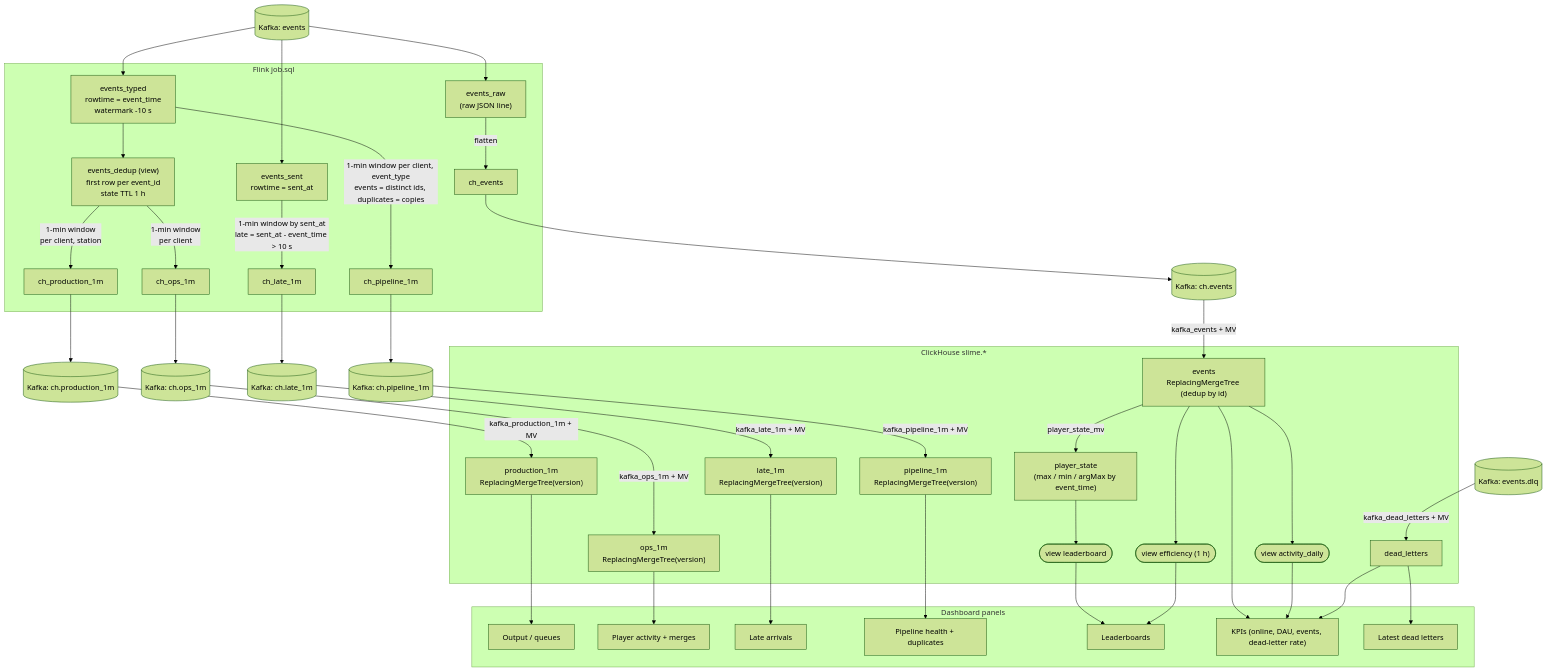
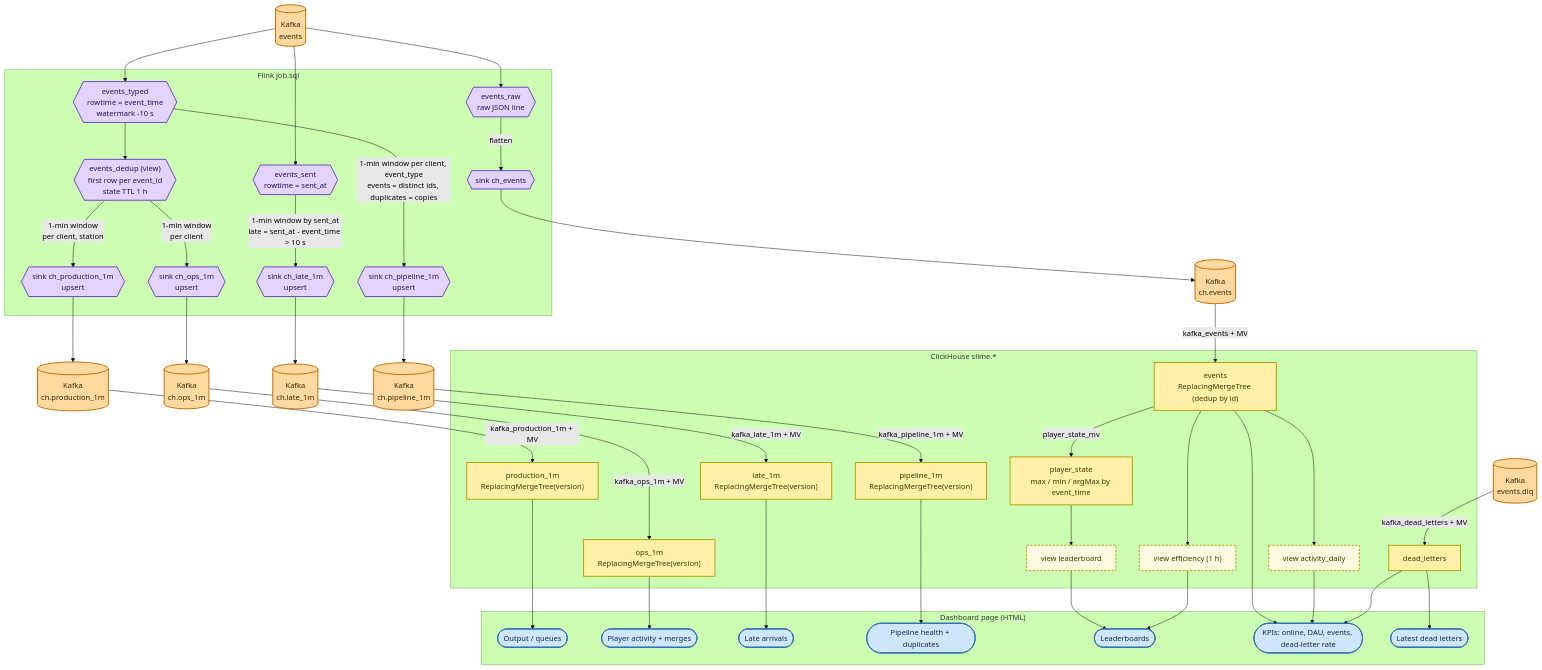
Before and after one commit to tses89214/Rise-Slime: the second of 2 diagrams in docs/pipeline.md, drawn with Mermaid (forest theme). The commit also changed other lines of this file and 11 other files, not shown here.

First line of the commit message:
M3 finish: tier/trait look + roster, Flink checkpoints and savepoint restart, colour-coded pipeline map

````diff
--- a/docs/pipeline.md
+++ b/docs/pipeline.md
@@ -47,69 +64,80 @@
 ```mermaid
 flowchart TB
-  t_events[("Kafka: events")]
-  t_dlq[("Kafka: events.dlq")]
+  classDef kafka fill:#FFD9A0,stroke:#C26A00,color:#3a2200,stroke-width:2px
+  classDef flink fill:#E3D4FF,stroke:#6A3DC8,color:#22104d,stroke-width:2px
+  classDef ch fill:#FFF2A8,stroke:#B39B00,color:#3b3300,stroke-width:2px
+  classDef chview fill:#FFFBE0,stroke:#B39B00,color:#3b3300,stroke-width:2px,stroke-dasharray:5 3
+  classDef html fill:#CFE6FF,stroke:#2F6FB5,color:#0d2a4a,stroke-width:2px
 
-  subgraph flink[Flink job.sql]
-    raw["events_raw<br/>(raw JSON line)"]
-    typed["events_typed<br/>rowtime = event_time<br/>watermark -10 s"]
-    sent["events_sent<br/>rowtime = sent_at"]
-    dedup["events_dedup (view)<br/>first row per event_id<br/>state TTL 1 h"]
-    raw -->|"flatten"| o_events["ch_events"]
+  t_events[("Kafka<br/>events")]:::kafka
+  t_dlq[("Kafka<br/>events.dlq")]:::kafka
+
+  subgraph flinkjob["Flink job.sql"]
+    raw{{"events_raw<br/>raw JSON line"}}:::flink
+    typed{{"events_typed<br/>rowtime = event_time<br/>watermark -10 s"}}:::flink
+    sent{{"events_sent<br/>rowtime = sent_at"}}:::flink
+    dedup{{"events_dedup (view)<br/>first row per event_id<br/>state TTL 1 h"}}:::flink
+    o_events{{"sink ch_events"}}:::flink
+    o_prod{{"sink ch_production_1m<br/>upsert"}}:::flink
+    o_ops{{"sink ch_ops_1m<br/>upsert"}}:::flink
+    o_pipe{{"sink ch_pipeline_1m<br/>upsert"}}:::flink
+    o_late{{"sink ch_late_1m<br/>upsert"}}:::flink
+    raw -->|flatten| o_events
     typed --> dedup
-    dedup -->|"1-min window<br/>per client, station"| o_prod["ch_production_1m"]
-    dedup -->|"1-min window<br/>per client"| o_ops["ch_ops_1m"]
-    typed -->|"1-min window per client, event_type<br/>events = distinct ids, duplicates = copies"| o_pipe["ch_pipeline_1m"]
-    sent -->|"1-min window by sent_at<br/>late = sent_at - event_time > 10 s"| o_late["ch_late_1m"]
+    dedup -->|"1-min window<br/>per client, station"| o_prod
+    dedup -->|"1-min window<br/>per client"| o_ops
+    typed -->|"1-min window per client, event_type<br/>events = distinct ids, duplicates = copies"| o_pipe
+    sent -->|"1-min window by sent_at<br/>late = sent_at - event_time > 10 s"| o_late
   end
 
   t_events --> raw & typed & sent
-  o_events --> k_events[("Kafka: ch.events")]
-  o_prod --> k_prod[("Kafka: ch.production_1m")]
-  o_ops --> k_ops[("Kafka: ch.ops_1m")]
-  o_pipe --> k_pipe[("Kafka: ch.pipeline_1m")]
-  o_late --> k_late[("Kafka: ch.late_1m")]
+  o_events --> k_events[("Kafka<br/>ch.events")]:::kafka
+  o_prod --> k_prod[("Kafka<br/>ch.production_1m")]:::kafka
+  o_ops --> k_ops[("Kafka<br/>ch.ops_1m")]:::kafka
+  o_pipe --> k_pipe[("Kafka<br/>ch.pipeline_1m")]:::kafka
+  o_late --> k_late[("Kafka<br/>ch.late_1m")]:::kafka
 
-  subgraph clickhouse[ClickHouse slime.*]
-    ev["events<br/>ReplacingMergeTree (dedup by id)"]
-    prod["production_1m<br/>ReplacingMergeTree(version)"]
-    ops["ops_1m<br/>ReplacingMergeTree(version)"]
-    pipe["pipeline_1m<br/>ReplacingMergeTree(version)"]
-    late["late_1m<br/>ReplacingMergeTree(version)"]
-    dl["dead_letters"]
-    ps["player_state<br/>(max / min / argMax by event_time)"]
-    lb(["view leaderboard"])
-    eff(["view efficiency (1 h)"])
-    act(["view activity_daily"])
+  subgraph clickhouse["ClickHouse slime.*"]
+    ev["events<br/>ReplacingMergeTree (dedup by id)"]:::ch
+    prod["production_1m<br/>ReplacingMergeTree(version)"]:::ch
+    ops["ops_1m<br/>ReplacingMergeTree(version)"]:::ch
+    pipe["pipeline_1m<br/>ReplacingMergeTree(version)"]:::ch
+    late["late_1m<br/>ReplacingMergeTree(version)"]:::ch
+    dl["dead_letters"]:::ch
+    ps["player_state<br/>max / min / argMax by event_time"]:::ch
+    lb["view leaderboard"]:::chview
+    eff["view efficiency (1 h)"]:::chview
+    act["view activity_daily"]:::chview
   end
 
   k_events -->|"kafka_events + MV"| ev
   k_prod -->|"kafka_production_1m + MV"| prod
   k_ops -->|"kafka_ops_1m + MV"| ops
   k_pipe -->|"kafka_pipeline_1m + MV"| pipe
   k_late -->|"kafka_late_1m + MV"| late
   t_dlq -->|"kafka_dead_letters + MV"| dl
-  ev -->|"player_state_mv"| ps
+  ev -->|player_state_mv| ps
   ps --> lb
   ev --> eff
   ev --> act
 
-  subgraph dashboard[Dashboard panels]
-    p1["Output / queues"]
-    p2["Player activity + merges"]
-    p3["Late arrivals"]
-    p4["Pipeline health + duplicates"]
-    p5["Leaderboards"]
-    p6["KPIs (online, DAU, events, dead-letter rate)"]
-    p7["Latest dead letters"]
+  subgraph dashboard["Dashboard page (HTML)"]
+    p1(["Output / queues"]):::html
+    p2(["Player activity + merges"]):::html
+    p3(["Late arrivals"]):::html
+    p4(["Pipeline health + duplicates"]):::html
+    p5(["Leaderboards"]):::html
+    p6(["KPIs: online, DAU, events, dead-letter rate"]):::html
+    p7(["Latest dead letters"]):::html
   end
   prod --> p1
   ops --> p2
   late --> p3
   pipe --> p4
   lb --> p5
   eff --> p5
   ev --> p6
   act --> p6
   dl --> p6
   dl --> p7
 ```
````
